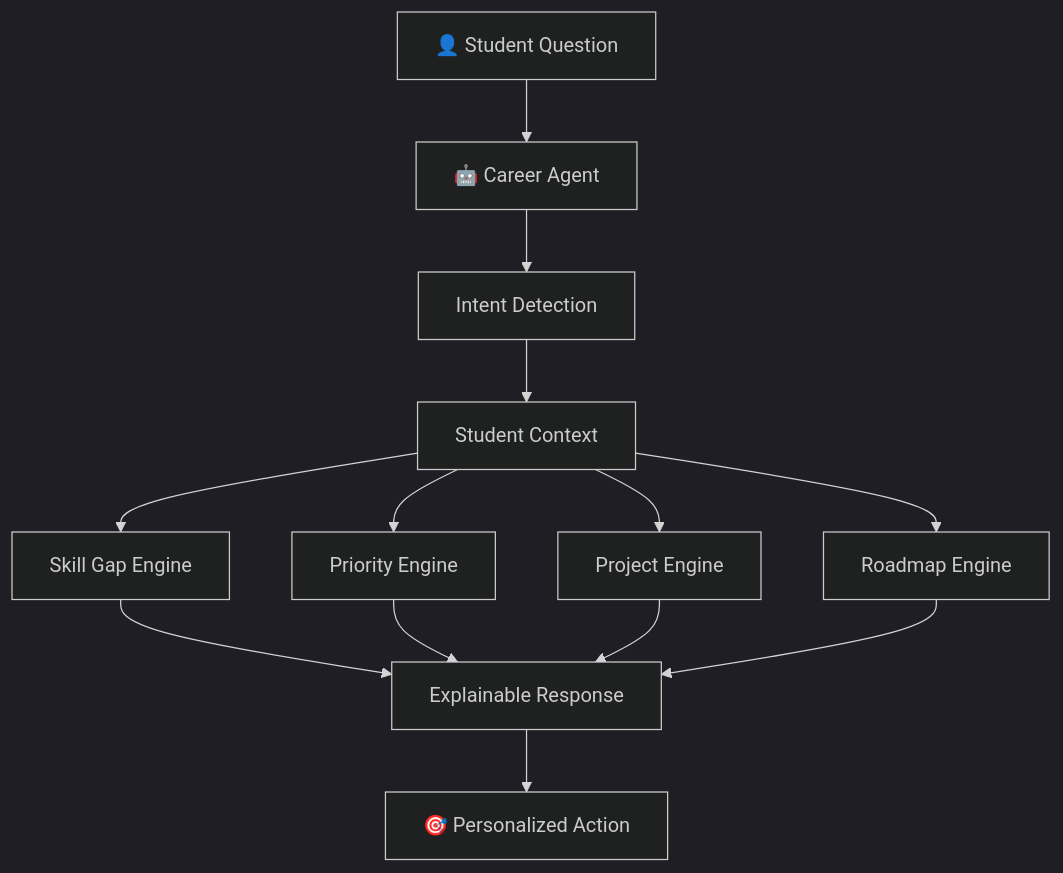
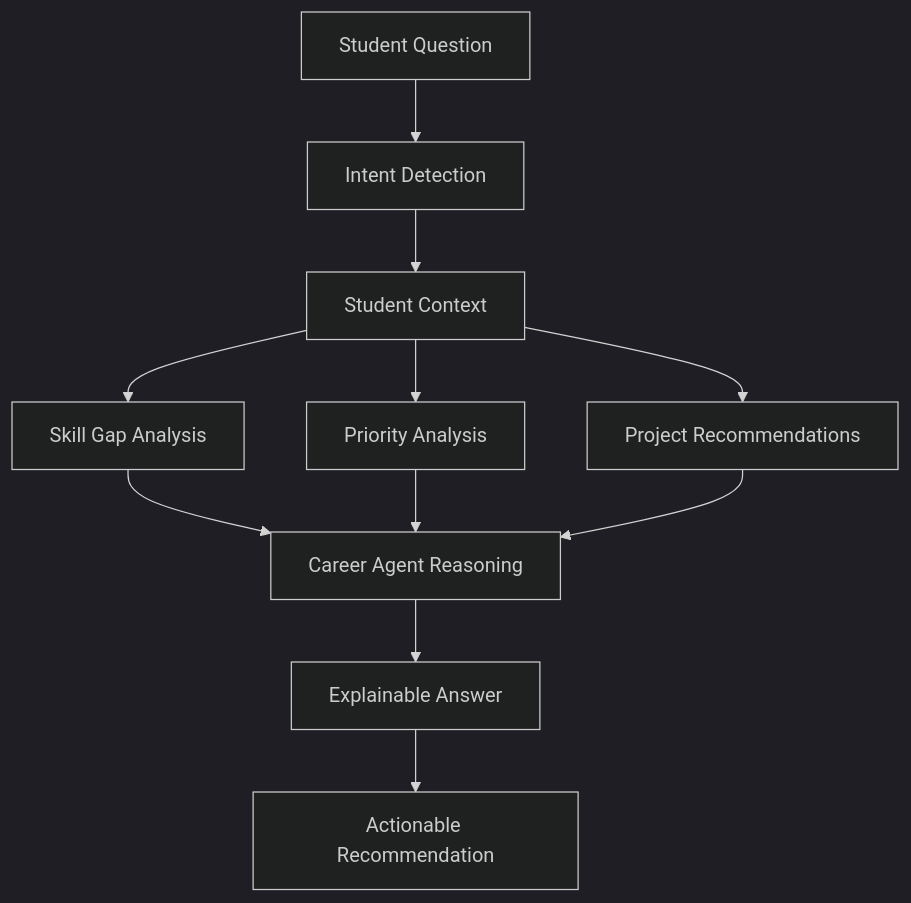
One commit to itsdivyanshuno/gaply-bnb-2026 changed the third of 9 diagrams in README.md. Above: the diagram before and after it, drawn with Mermaid (dark theme). The commit also changed other lines of this file, not shown here.

````diff
--- a/README.md
+++ b/README.md
@@ -185,15 +159,13 @@
 ```mermaid
 flowchart TD
-    U["👤 Student Question"] --> A["🤖 Career Agent"]
-    A --> B["Intent Detection"]
+    A["Student Question"] --> B["Intent Detection"]
     B --> C["Student Context"]
-    C --> D["Skill Gap Engine"]
-    C --> E["Priority Engine"]
-    C --> F["Project Engine"]
-    C --> G["Roadmap Engine"]
-    D --> H["Explainable Response"]
-    E --> H
-    F --> H
-    G --> H
-    H --> I["🎯 Personalized Action"]
+    C --> D["Skill Gap Analysis"]
+    C --> E["Priority Analysis"]
+    C --> F["Project Recommendations"]
+    D --> G["Career Agent Reasoning"]
+    E --> G
+    F --> G
+    G --> H["Explainable Answer"]
+    H --> I["Actionable Recommendation"]
 ```
````
